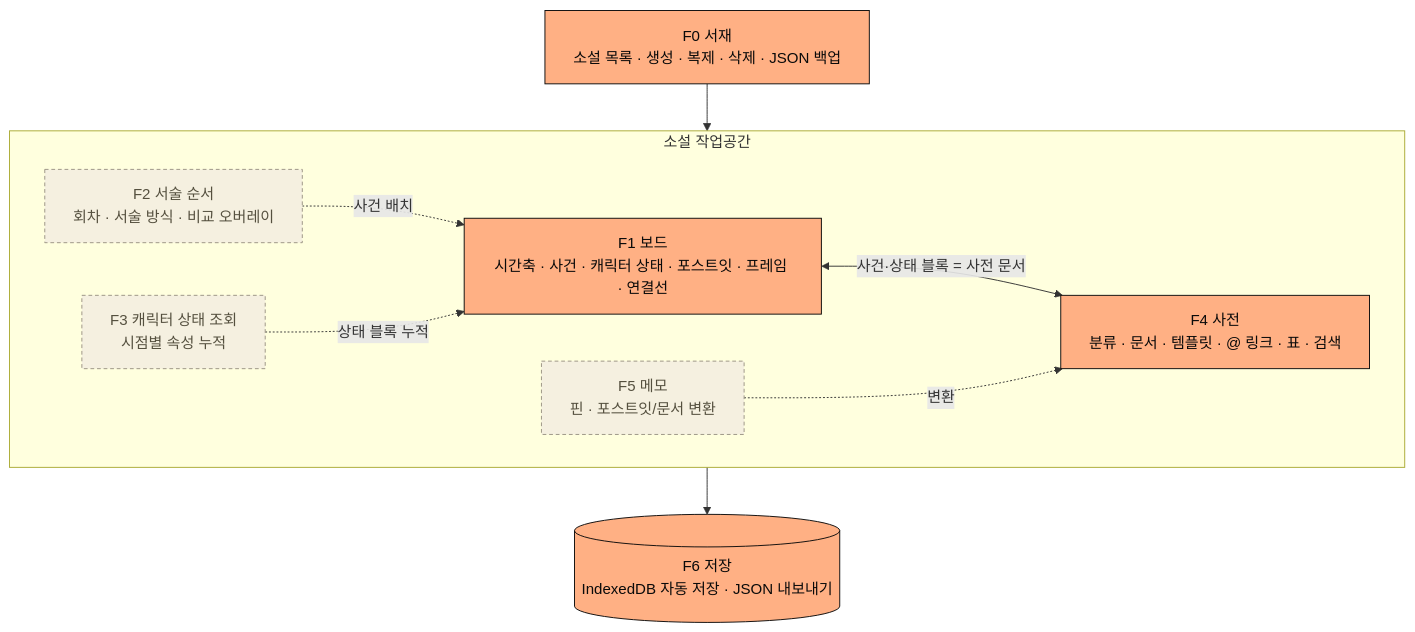
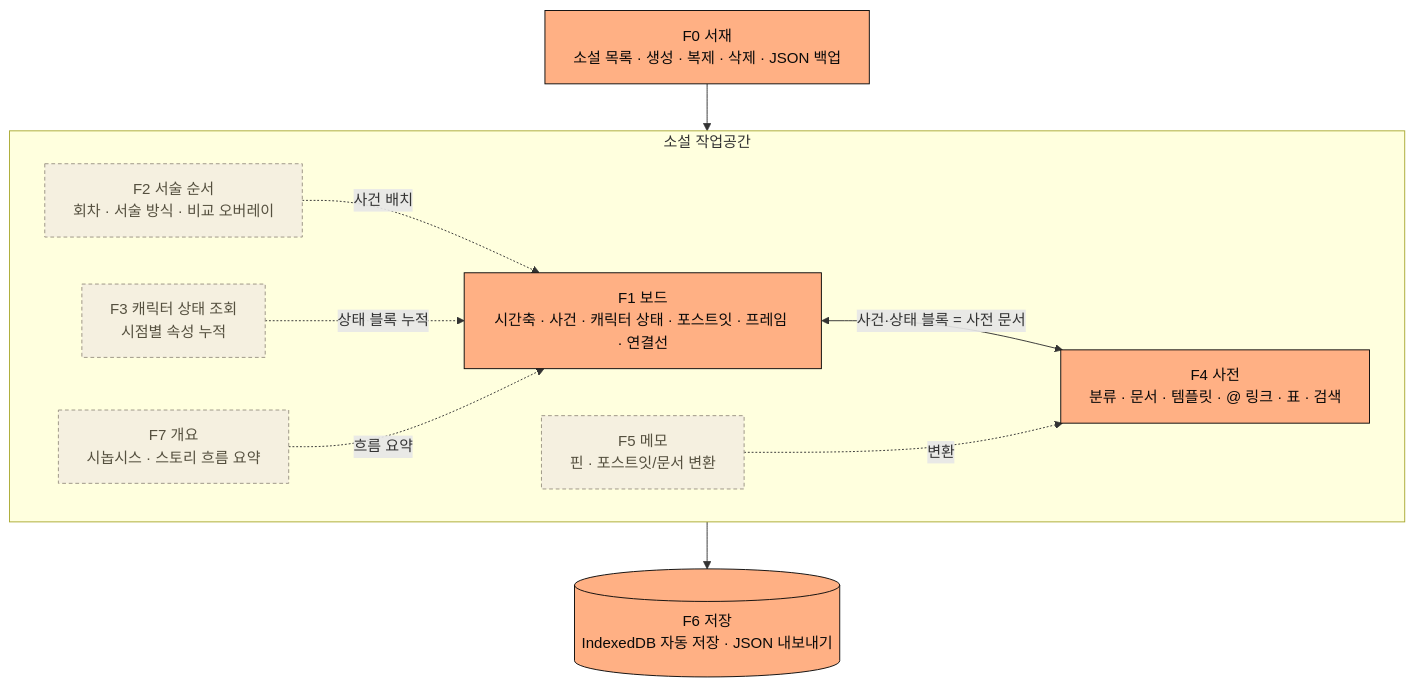
Before and after one commit to kty2001/NovelStory: the diagram in docs/design/features_spec.md, drawn with Mermaid. The commit also changed other lines of this file and 2 other files, not shown here.

````diff
--- a/docs/design/features_spec.md
+++ b/docs/design/features_spec.md
@@ -3,21 +3,23 @@
 ```mermaid
 %%{init: {"flowchart": {"wrappingWidth": 320}}}%%
 flowchart TB
     F0["F0 서재<br/>소설 목록 · 생성 · 복제 · 삭제 · JSON 백업"]:::mvp --> WS
     subgraph WS["소설 작업공간"]
         direction LR
         F1["F1 보드<br/>시간축 · 사건 · 캐릭터 상태 · 포스트잇 · 프레임 · 연결선"]:::mvp
         F4["F4 사전<br/>분류 · 문서 · 템플릿 · @ 링크 · 표 · 검색"]:::mvp
         F2["F2 서술 순서<br/>회차 · 서술 방식 · 비교 오버레이"]:::later
         F3["F3 캐릭터 상태 조회<br/>시점별 속성 누적"]:::later
         F5["F5 메모<br/>핀 · 포스트잇/문서 변환"]:::later
+        F7["F7 개요<br/>시놉시스 · 스토리 흐름 요약"]:::later
     end
     F1 <-->|"사건·상태 블록 = 사전 문서"| F4
     F2 -.->|"사건 배치"| F1
     F3 -.->|"상태 블록 누적"| F1
+    F7 -.->|"흐름 요약"| F1
     F5 -.->|"변환"| F4
     WS --> F6[("F6 저장<br/>IndexedDB 자동 저장 · JSON 내보내기")]:::mvp
 
     classDef mvp fill:#ffb084,stroke:#0a0a0a,color:#0a0a0a
     classDef later fill:#f5f0e0,stroke:#9a9384,color:#55503f,stroke-dasharray:4 3
 ```
````
